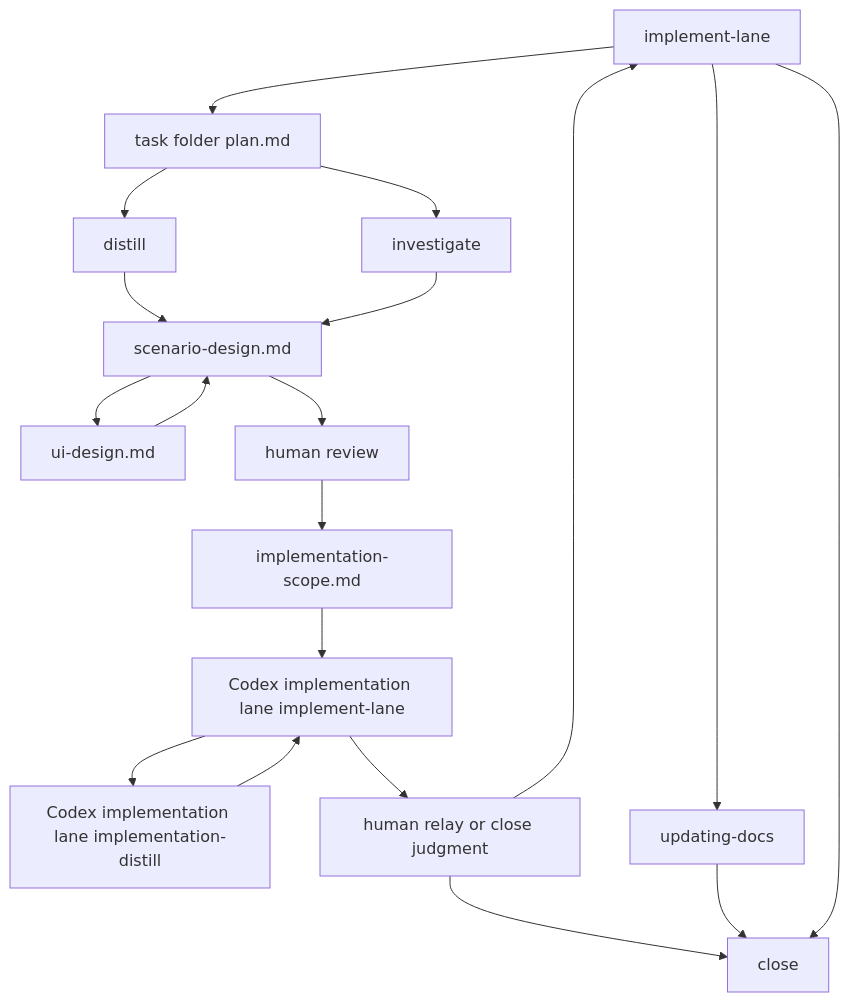
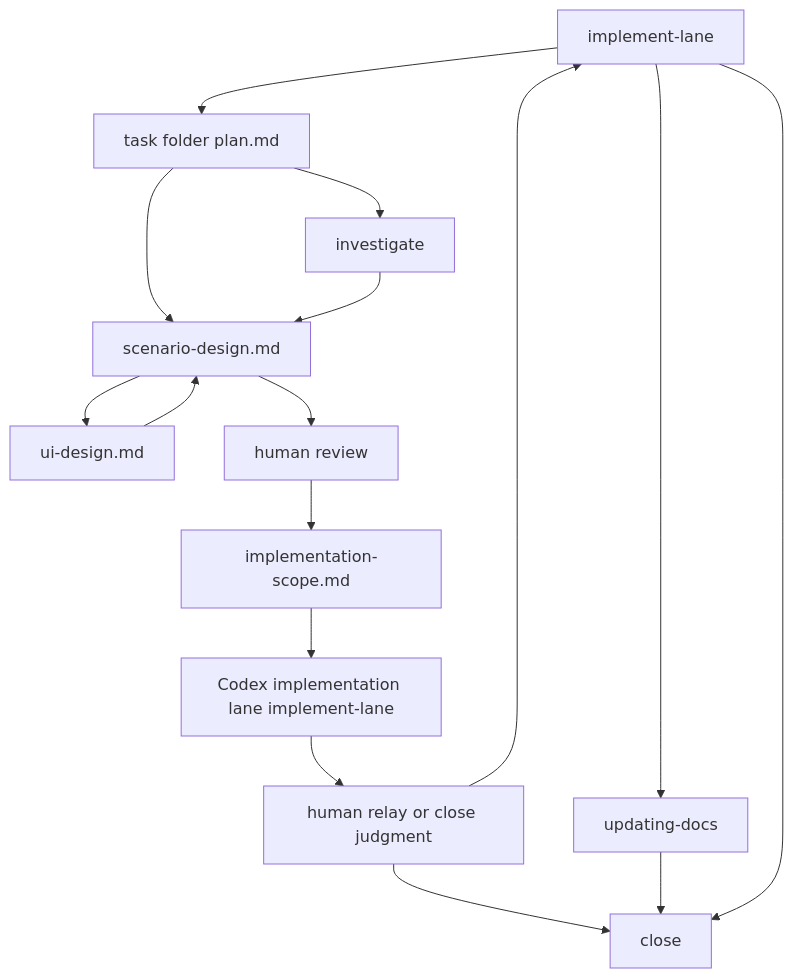
The diagram in .codex/workflow.md (ishibata91/AITranslationEngineJP), drawn with Mermaid before and after one commit. The commit also changed 39 other files, not shown here.

````diff
--- a/.codex/workflow.md
+++ b/.codex/workflow.md
@@ -9,31 +9,28 @@
 ```mermaid
 flowchart TD
     A[implement-lane]
     P[task folder plan.md]
-    B[distill]
     C[investigate]
     U[ui-design.md]
     S[scenario-design.md]
     F[human review]
     G[implementation-scope.md]
     H[Codex implementation lane implement-lane]
-    K[Codex implementation lane implementation-distill]
     M[human relay or close judgment]
     I[updating-docs]
     J[close]
 
     A --> P
-    P --> B --> S
+    P --> S
     P --> C --> S
     S --> U
     U --> S
     S --> F
     F --> G
     G --> H
-    H --> K --> H
     H --> M
     M --> A
     M --> J
     A --> I --> J
     A --> J
 ```
````
